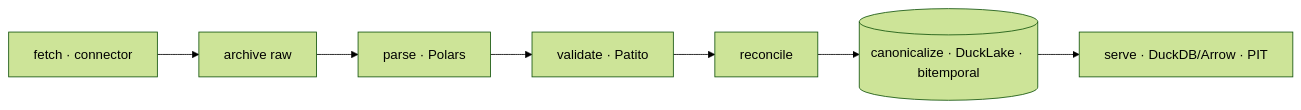
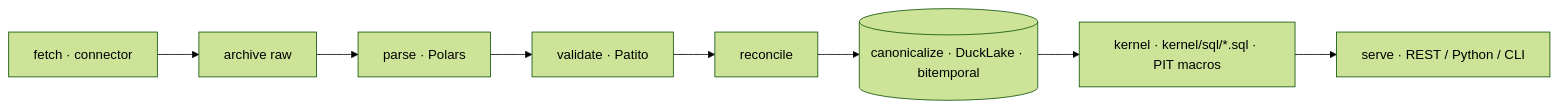
The sixth of 6 diagrams in docs/DESIGN.md (mblaauw/alpha-lake), drawn with Mermaid (forest theme) before and after one commit. The commit also changed other lines of this file and 3 other files, not shown here.

First line of the commit message:
docs: ADR-0024 serving architecture — versioned SQL kernel, REST transport

````diff
--- a/docs/DESIGN.md
+++ b/docs/DESIGN.md
@@ -727,5 +775,6 @@
 ```mermaid
 flowchart LR
   A[fetch · connector] --> B[archive raw] --> C[parse · Polars] --> D[validate · Patito]
-  D --> E[reconcile] --> F[(canonicalize · DuckLake · bitemporal)] --> G[serve · DuckDB/Arrow · PIT]
+  D --> E[reconcile] --> F[(canonicalize · DuckLake · bitemporal)]
+  F --> H[kernel · kernel/sql/*.sql · PIT macros] --> G[serve · REST / Python / CLI]
 ```
````
